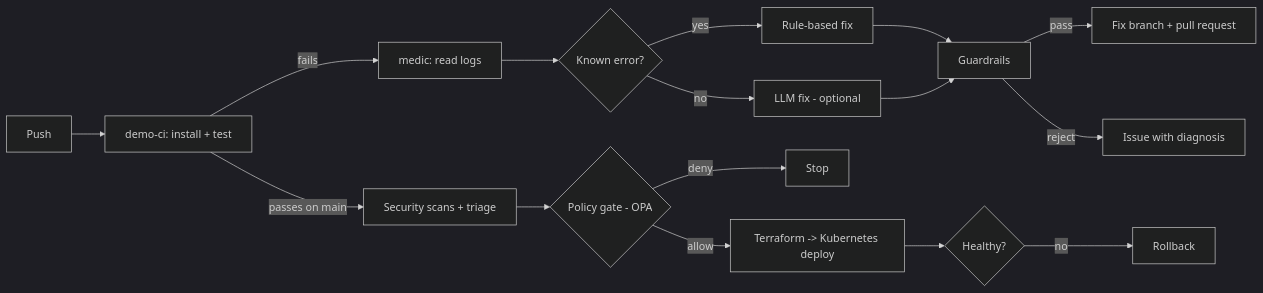
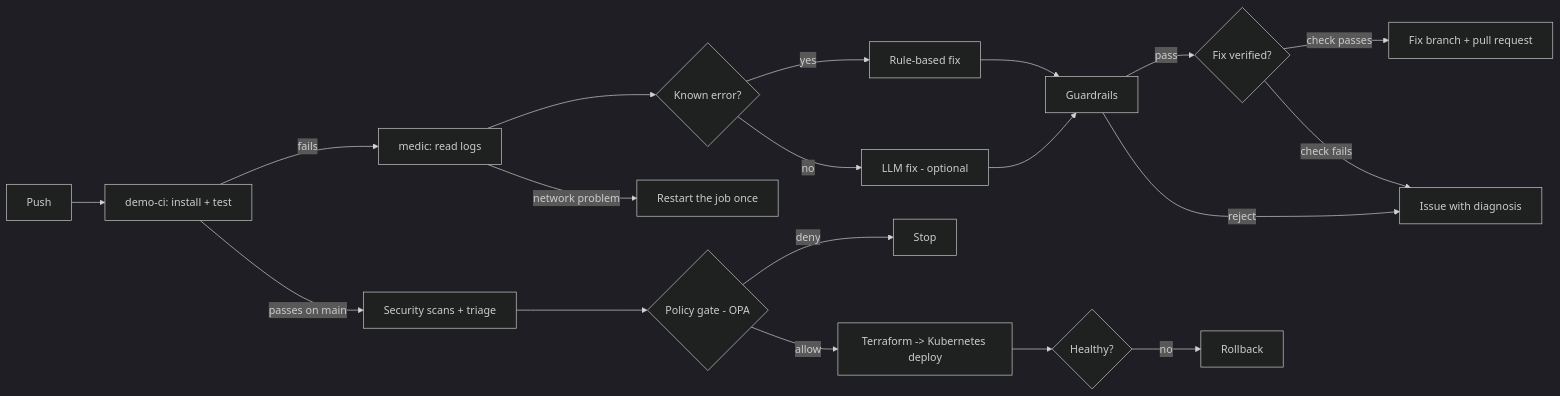
Before and after one commit to ayushanand27/pipeline-medic: the diagram in README.md, drawn with Mermaid (dark theme). The commit also changed other lines of this file and 28 other files, not shown here.

````diff
--- a/README.md
+++ b/README.md
@@ -9,18 +13,21 @@
 ```mermaid
 flowchart LR
     A[Push] --> B[demo-ci: install + test]
     B -- fails --> C[medic: read logs]
     C --> D{Known error?}
+    C -- network problem --> R[Restart the job once]
     D -- yes --> E[Rule-based fix]
     D -- no --> F[LLM fix - optional]
     E --> G[Guardrails]
     F --> G
-    G -- pass --> H[Fix branch + pull request]
-    G -- reject --> I[Issue with diagnosis]
+    G -- pass --> V{Fix verified?}
+    V -- check passes --> H[Fix branch + pull request]
+    V -- check fails --> I[Issue with diagnosis]
+    G -- reject --> I
     B -- passes on main --> S[Security scans + triage]
     S --> P{Policy gate - OPA}
     P -- deny --> X[Stop]
     P -- allow --> J[Terraform -> Kubernetes deploy]
     J --> K{Healthy?}
     K -- no --> L[Rollback]
 ```
````
